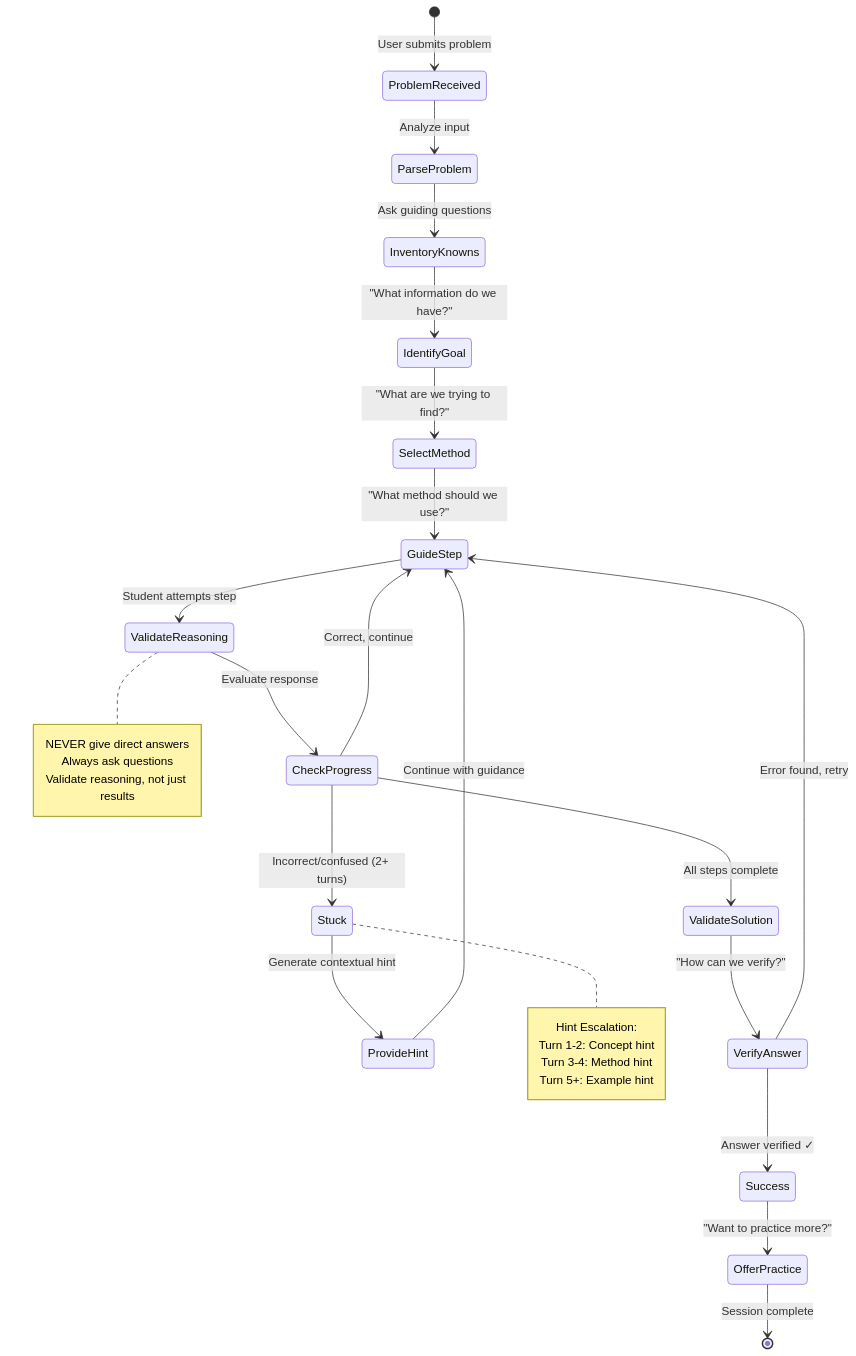
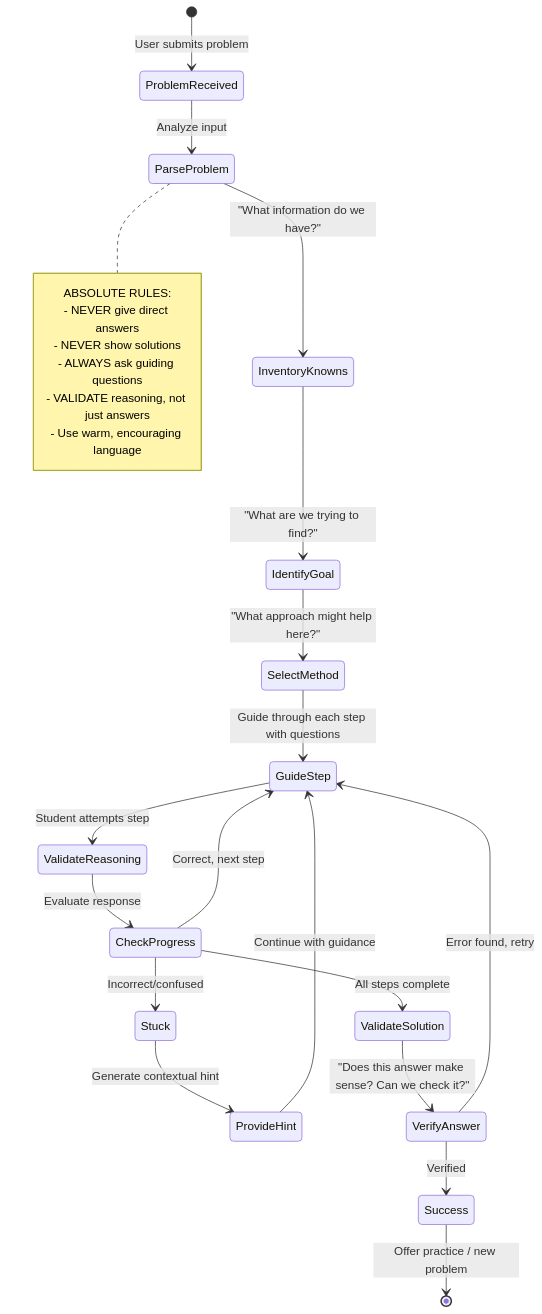
One commit to Rhoahndur/Gandalf changed the tenth of 15 diagrams in architecture.md. Above: the diagram before and after it, drawn with Mermaid. The commit also changed other lines of this file and 15 other files, not shown here.

````diff
--- a/architecture.md
+++ b/architecture.md
@@ -327,42 +381,35 @@
 ```mermaid
 stateDiagram-v2
     [*] --> ProblemReceived: User submits problem
-    
     ProblemReceived --> ParseProblem: Analyze input
-    ParseProblem --> InventoryKnowns: Ask guiding questions
-    
-    InventoryKnowns --> IdentifyGoal: "What information do we have?"
-    IdentifyGoal --> SelectMethod: "What are we trying to find?"
-    
-    SelectMethod --> GuideStep: "What method should we use?"
+
+    ParseProblem --> InventoryKnowns: "What information do we have?"
+    InventoryKnowns --> IdentifyGoal: "What are we trying to find?"
+    IdentifyGoal --> SelectMethod: "What approach might help here?"
+
+    SelectMethod --> GuideStep: Guide through each step with questions
     GuideStep --> ValidateReasoning: Student attempts step
-    
+
     ValidateReasoning --> CheckProgress: Evaluate response
-    
-    CheckProgress --> Stuck: Incorrect/confused (2+ turns)
-    CheckProgress --> GuideStep: Correct, continue
+    CheckProgress --> GuideStep: Correct, next step
+    CheckProgress --> Stuck: Incorrect/confused
     CheckProgress --> ValidateSolution: All steps complete
-    
+
     Stuck --> ProvideHint: Generate contextual hint
     ProvideHint --> GuideStep: Continue with guidance
-    
-    ValidateSolution --> VerifyAnswer: "How can we verify?"
-    VerifyAnswer --> Success: Answer verified ✓
+
+    ValidateSolution --> VerifyAnswer: "Does this answer make sense? Can we check it?"
+    VerifyAnswer --> Success: Verified
     VerifyAnswer --> GuideStep: Error found, retry
-    
-    Success --> OfferPractice: "Want to practice more?"
-    OfferPractice --> [*]: Session complete
-    
-    note right of Stuck
-        Hint Escalation:
-        Turn 1-2: Concept hint
-        Turn 3-4: Method hint
-        Turn 5+: Example hint
-    end note
-    
-    note right of ValidateReasoning
-        NEVER give direct answers
-        Always ask questions
-        Validate reasoning, not just results
+
+    Success --> [*]: Offer practice / new problem
+
+    note right of ParseProblem
+        ABSOLUTE RULES:
+        - NEVER give direct answers
+        - NEVER show solutions
+        - ALWAYS ask guiding questions
+        - VALIDATE reasoning, not just answers
+        - Use warm, encouraging language
     end note
 ```
````
